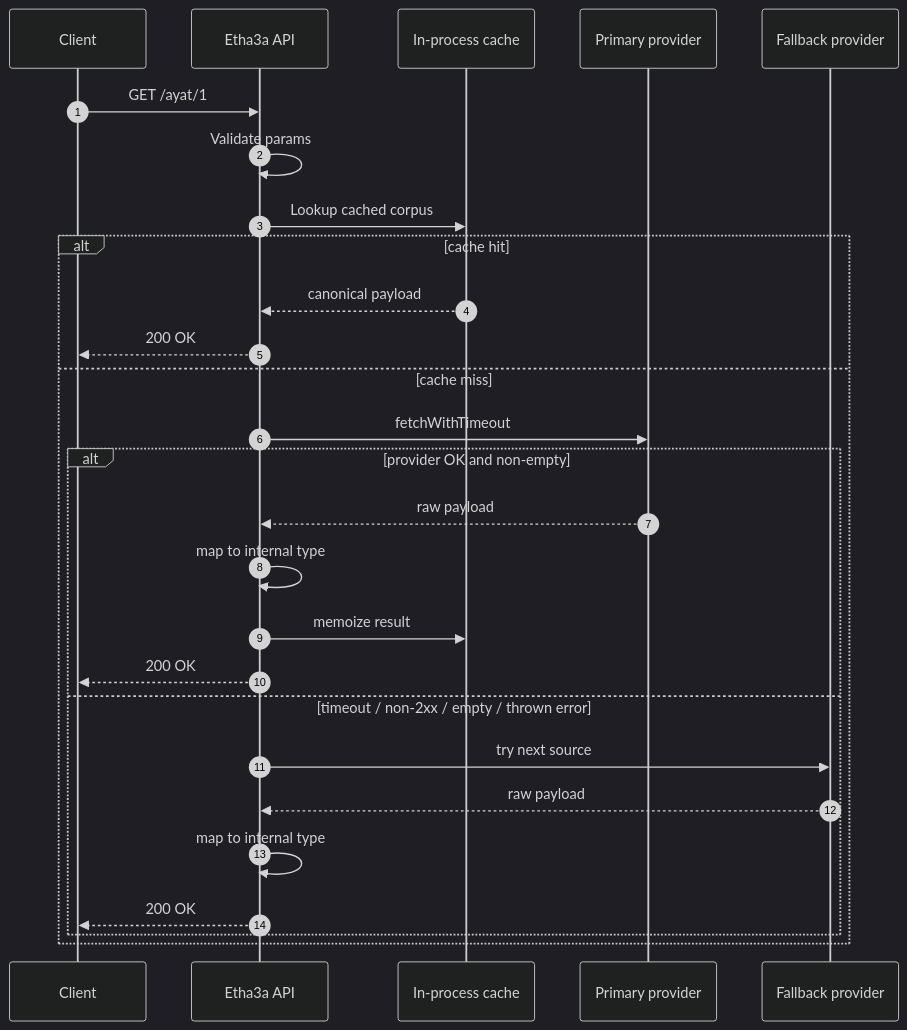
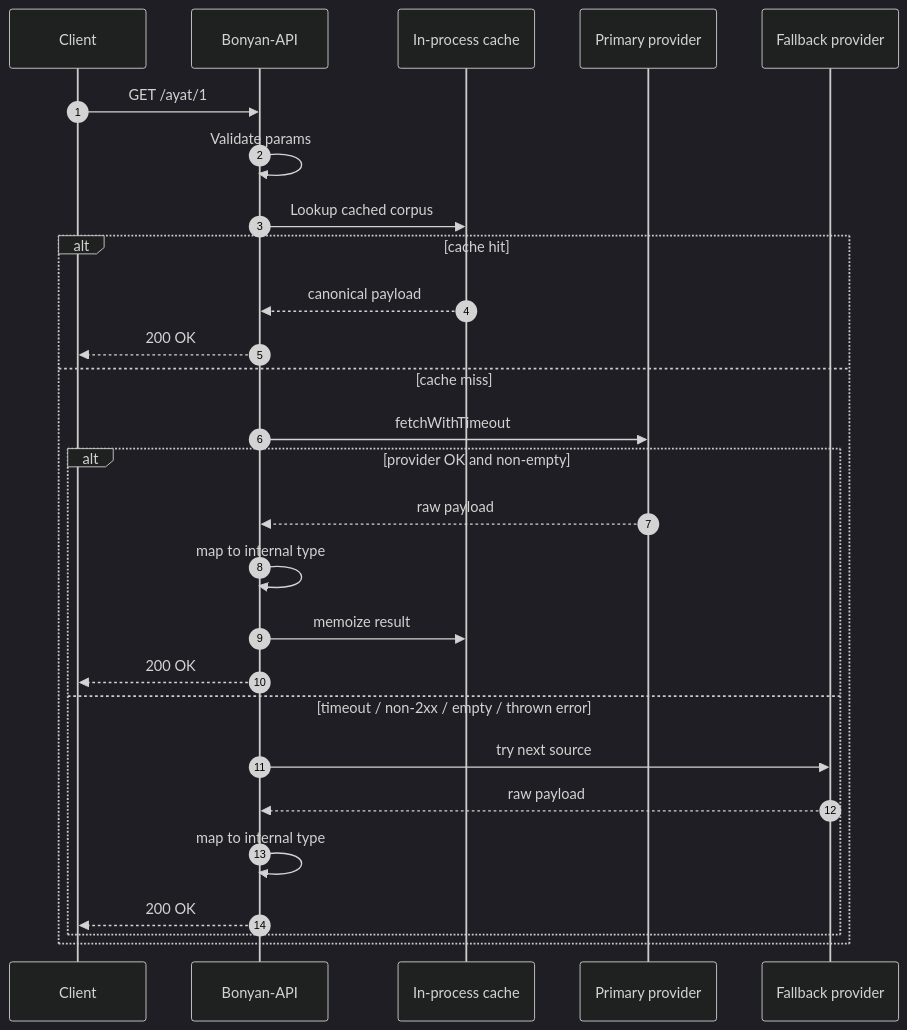
Before and after one commit to BonyanOSS/docs: the diagram in concepts/fallback.mdx, drawn with Mermaid (dark theme). The commit also changed other lines of this file and 28 other files, not shown here.

Commit message:
feat: rebrand Etha3a to Bonyan API and expand documentation with new concepts and endpoints

````diff
--- a/concepts/fallback.mdx
+++ b/concepts/fallback.mdx
@@ -16,30 +16,30 @@
 ```mermaid
 sequenceDiagram
     autonumber
     participant C as Client
-    participant E as Etha3a API
+    participant E as Bonyan-API
     participant Cache as In-process cache
     participant U1 as Primary provider
     participant U2 as Fallback provider
 
     C->>E: GET /ayat/1
     E->>E: Validate params
     E->>Cache: Lookup cached corpus
     alt cache hit
         Cache-->>E: canonical payload
         E-->>C: 200 OK
     else cache miss
         E->>U1: fetchWithTimeout
         alt provider OK and non-empty
             U1-->>E: raw payload
             E->>E: map to internal type
             E->>Cache: memoize result
             E-->>C: 200 OK
         else timeout / non-2xx / empty / thrown error
             E->>U2: try next source
             U2-->>E: raw payload
             E->>E: map to internal type
             E-->>C: 200 OK
         end
     end
 ```
````
